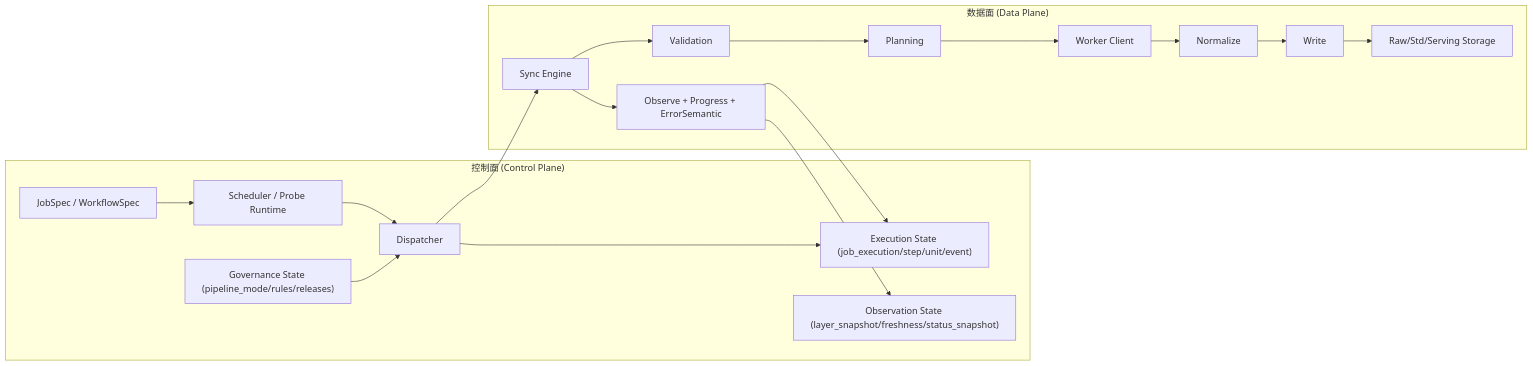
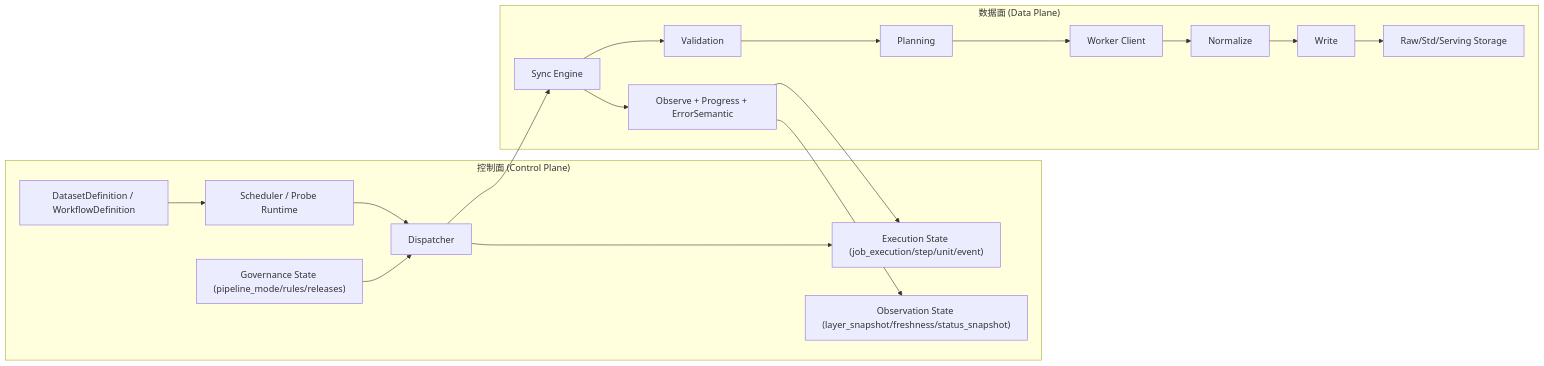
The second of 8 diagrams in docs/architecture/dataset-sync-v2-redesign-plan.md (chiuser/goldenshare), drawn with Mermaid before and after one commit. The commit also changed other lines of this file and 54 other files, not shown here.

````diff
--- a/docs/architecture/dataset-sync-v2-redesign-plan.md
+++ b/docs/architecture/dataset-sync-v2-redesign-plan.md
@@ -179,29 +179,29 @@
 ```mermaid
 flowchart LR
     subgraph CP["控制面 (Control Plane)"]
-        A["JobSpec / WorkflowSpec"]
+        A["DatasetDefinition / WorkflowDefinition"]
         B["Scheduler / Probe Runtime"]
         C["Dispatcher"]
         D["Execution State (job_execution/step/unit/event)"]
         E["Governance State (pipeline_mode/rules/releases)"]
         F["Observation State (layer_snapshot/freshness/status_snapshot)"]
     end
 
     subgraph DP["数据面 (Data Plane)"]
         G["Sync Engine"]
         H["Validation"]
         I["Planning"]
         J["Worker Client"]
         K["Normalize"]
         L["Write"]
         M["Observe + Progress + ErrorSemantic"]
         N["Raw/Std/Serving Storage"]
     end
 
     A --> B --> C --> G
     G --> H --> I --> J --> K --> L --> N
     G --> M --> D
     M --> F
     C --> D
     E --> C
 ```
````
